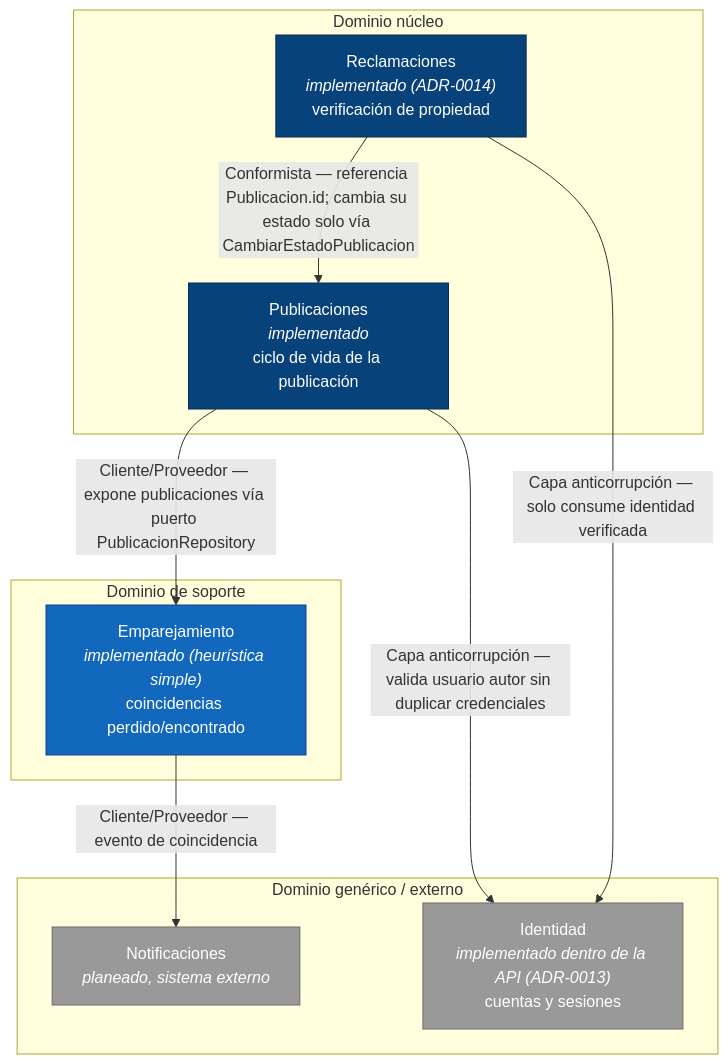
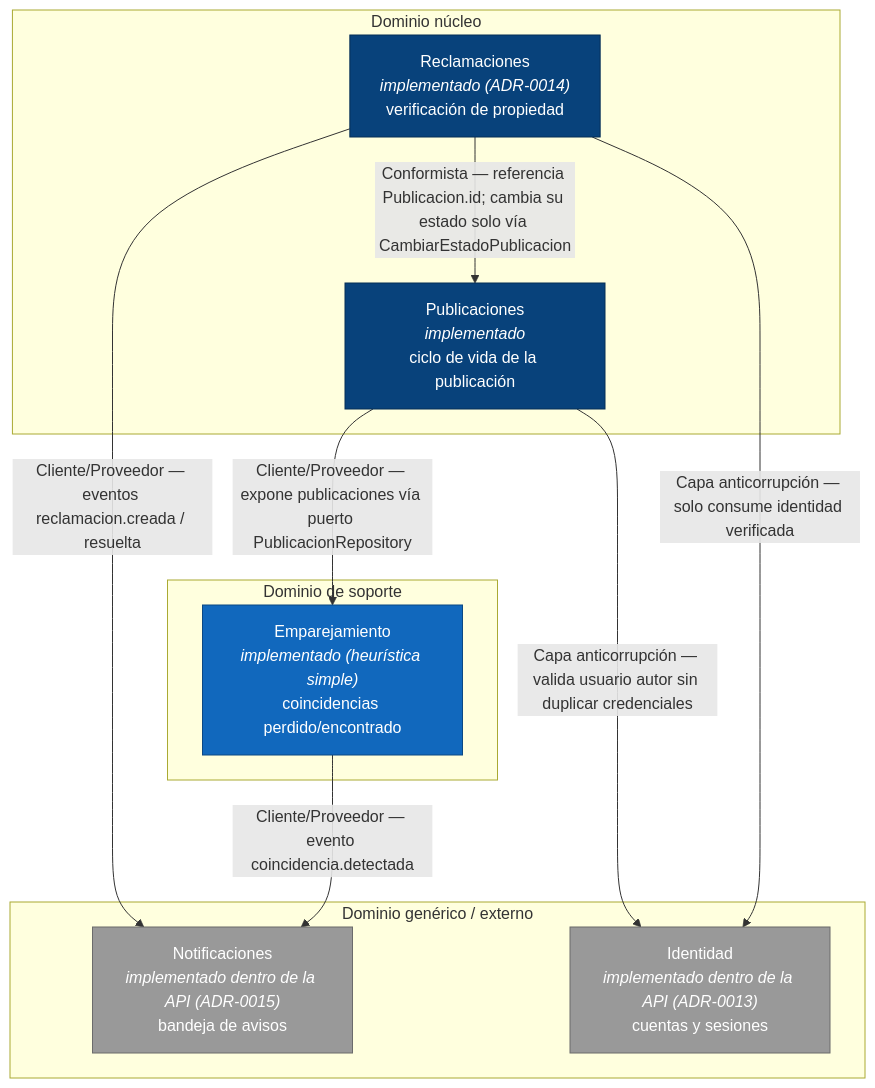
The diagram in docs/context-map.md (ISCOUTB/AS_202620_Recobra), drawn with Mermaid before and after one commit. The commit also changed other lines of this file and 36 other files, not shown here.

First line of the commit message:
Notificaciones dentro de la app (S3): bandeja de avisos, ADR-0015, contrato 3.1.0 y campana en vitrina y Flutter

````diff
--- a/docs/context-map.md
+++ b/docs/context-map.md
@@ -12,30 +12,31 @@
 ```mermaid
 flowchart TB
     subgraph nucleo["Dominio núcleo"]
         PUB["Publicaciones<br/><i>implementado</i><br/>ciclo de vida de la publicación"]
         REC["Reclamaciones<br/><i>implementado (ADR-0014)</i><br/>verificación de propiedad"]
     end
 
     subgraph soporte["Dominio de soporte"]
         MATCH["Emparejamiento<br/><i>implementado (heurística simple)</i><br/>coincidencias perdido/encontrado"]
     end
 
     subgraph generico["Dominio genérico / externo"]
-        NOTIF["Notificaciones<br/><i>planeado, sistema externo</i>"]
+        NOTIF["Notificaciones<br/><i>implementado dentro de la API (ADR-0015)</i><br/>bandeja de avisos"]
         AUTH["Identidad<br/><i>implementado dentro de la API (ADR-0013)</i><br/>cuentas y sesiones"]
     end
 
     PUB -->|"Cliente/Proveedor — expone publicaciones vía puerto PublicacionRepository"| MATCH
-    MATCH -->|"Cliente/Proveedor — evento de coincidencia"| NOTIF
+    MATCH -->|"Cliente/Proveedor — evento coincidencia.detectada"| NOTIF
+    REC -->|"Cliente/Proveedor — eventos reclamacion.creada / resuelta"| NOTIF
     REC -->|"Conformista — referencia Publicacion.id; cambia su estado solo vía CambiarEstadoPublicacion"| PUB
     REC -->|"Capa anticorrupción — solo consume identidad verificada"| AUTH
     PUB -->|"Capa anticorrupción — valida usuario autor sin duplicar credenciales"| AUTH
 
     classDef nucleo fill:#08427b,color:#fff,stroke:#052e56;
     classDef soporte fill:#1168bd,color:#fff,stroke:#0b4884;
     classDef externo fill:#999999,color:#fff,stroke:#6b6b6b;
 
     class PUB,REC nucleo;
     class MATCH soporte;
     class NOTIF,AUTH externo;
 ```
````
